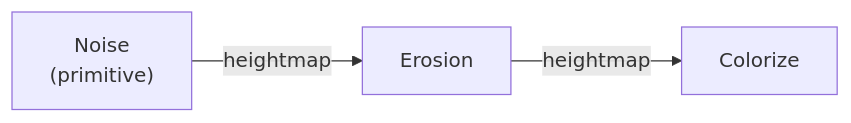
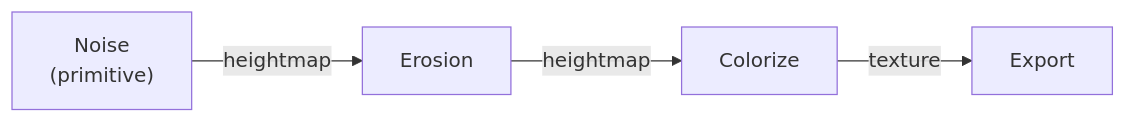
The diagram in docs/core_concepts/heightmaps.md (ottolink-dev/Hesiod), drawn with Mermaid before and after one commit. The commit also changed other lines of this file, not shown here.

First line of the commit message:
docs(core-concepts): show heightmap->texture conversion at colorize

````diff
--- a/docs/core_concepts/heightmaps.md
+++ b/docs/core_concepts/heightmaps.md
@@ -10,4 +11,4 @@
 ```mermaid
 graph LR
-  A["Noise<br/>(primitive)"] -->|heightmap| B["Erosion"] -->|heightmap| C["Colorize"]
+  A["Noise<br/>(primitive)"] -->|heightmap| B["Erosion"] -->|heightmap| C["Colorize"] -->|texture| D["Export"]
 ```
````
